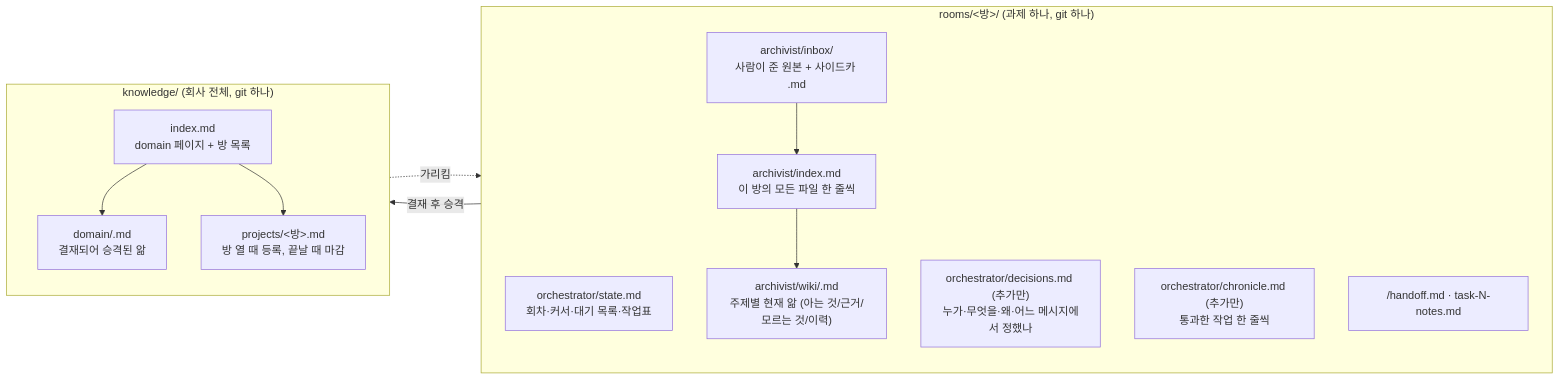
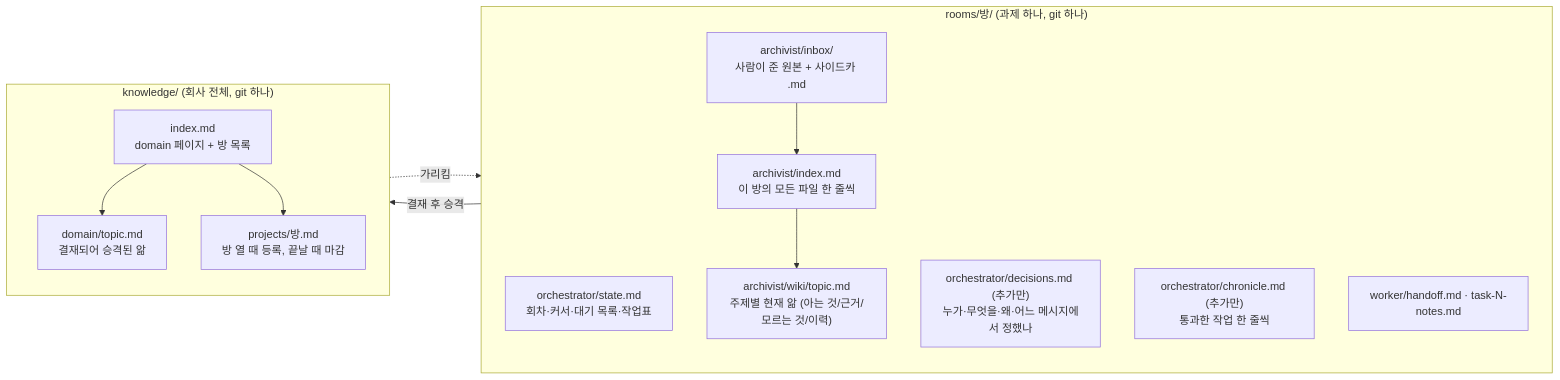
One commit to bjw202/crew changed the third of 8 diagrams in README.md. Above: the diagram before and after it, drawn with Mermaid. The commit also changed other lines of this file, not shown here.

Commit message:
crew: README mermaid 라벨의 꺾쇠 제거 (HTML 태그 오인 방지)
🗿 MoAI

````diff
--- a/README.md
+++ b/README.md
@@ -94,22 +94,22 @@
 ```mermaid
 flowchart LR
-    subgraph 방["rooms/<방>/ (과제 하나, git 하나)"]
+    subgraph 방["rooms/방/ (과제 하나, git 하나)"]
         direction TB
         ST["orchestrator/state.md<br/>회차·커서·대기 목록·작업표"]
         DC["orchestrator/decisions.md (추가만)<br/>누가·무엇을·왜·어느 메시지에서 정했나"]
         CH["orchestrator/chronicle.md (추가만)<br/>통과한 작업 한 줄씩"]
-        HF["<worker>/handoff.md · task-N-notes.md"]
+        HF["worker/handoff.md · task-N-notes.md"]
         IX["archivist/index.md<br/>이 방의 모든 파일 한 줄씩"]
-        WK["archivist/wiki/<topic>.md<br/>주제별 현재 앎 (아는 것/근거/모르는 것/이력)"]
+        WK["archivist/wiki/topic.md<br/>주제별 현재 앎 (아는 것/근거/모르는 것/이력)"]
         IN["archivist/inbox/<br/>사람이 준 원본 + 사이드카 .md"]
     end
     subgraph 회사["knowledge/ (회사 전체, git 하나)"]
         direction TB
         KI["index.md<br/>domain 페이지 + 방 목록"]
-        KD["domain/<topic>.md<br/>결재되어 승격된 앎"]
-        KP["projects/<방>.md<br/>방 열 때 등록, 끝날 때 마감"]
+        KD["domain/topic.md<br/>결재되어 승격된 앎"]
+        KP["projects/방.md<br/>방 열 때 등록, 끝날 때 마감"]
     end
     IN --> IX --> WK -- 결재 후 승격 --> KD
     KP -. 가리킴 .-> IX
     KI --> KD & KP
 ```
````
